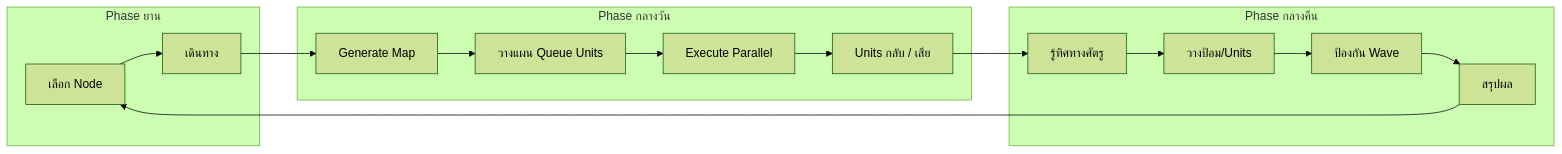
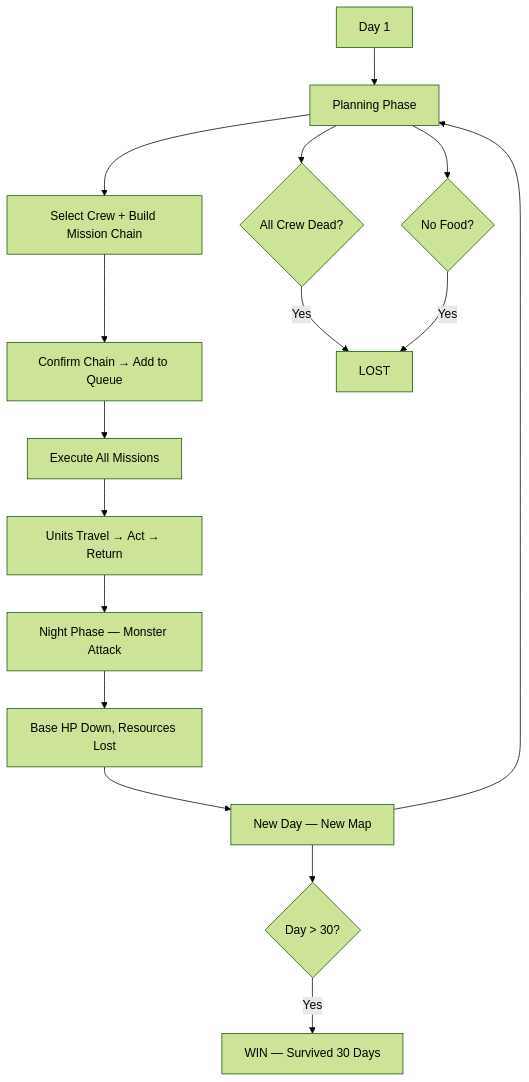
One commit to nopponaim603/clogged changed the first of 3 diagrams in docs/gdd/00-concept.md. Above: the diagram before and after it, drawn with Mermaid (forest theme). The commit also changed other lines of this file and 6 other files, not shown here.

````diff
--- a/docs/gdd/00-concept.md
+++ b/docs/gdd/00-concept.md
@@ -71,19 +32,18 @@
 ```mermaid
-flowchart LR
-    subgraph ShipPhase[Phase ยาน]
-        A[เลือก Node] --> B[เดินทาง]
-    end
-    subgraph DayPhase[Phase กลางวัน]
-        C[Generate Map] --> D[วางแผน Queue Units]
-        D --> E[Execute Parallel]
-        E --> F[Units กลับ / เสีย]
-    end
-    subgraph NightPhase[Phase กลางคืน]
-        G[รู้ทิศทางศัตรู] --> H[วางป้อม/Units]
-        H --> I[ป้องกัน Wave]
-        I --> J[สรุปผล]
-    end
-    B --> C
-    F --> G
-    J --> A
+flowchart TD
+    A[Day 1] --> B[Planning Phase]
+    B --> C[Select Crew + Build Mission Chain]
+    C --> D[Confirm Chain → Add to Queue]
+    D --> E[Execute All Missions]
+    E --> F[Units Travel → Act → Return]
+    F --> G[Night Phase — Monster Attack]
+    G --> H[Base HP Down, Resources Lost]
+    H --> I[New Day — New Map]
+    I --> B
+    I --> J{Day > 30?}
+    J -->|Yes| K[WIN — Survived 30 Days]
+    B --> L{All Crew Dead?}
+    L -->|Yes| M[LOST]
+    B --> N{No Food?}
+    N -->|Yes| M
 ```
````
